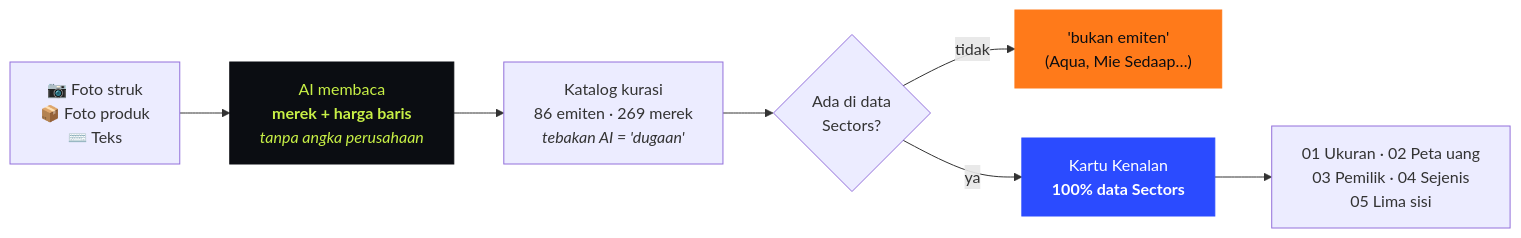
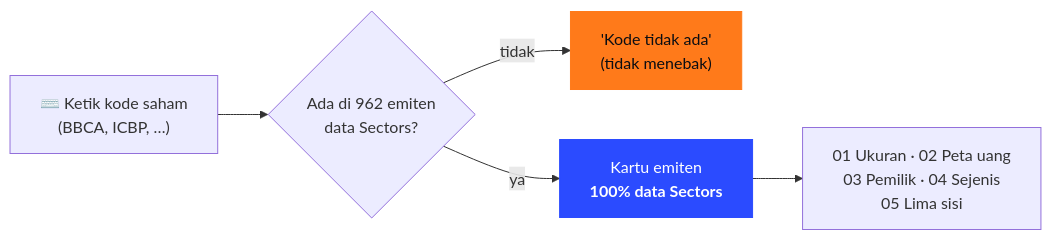
One commit to chukbert/sectors-hackathon-2026 changed the diagram in README.md. Above: the diagram before and after it, drawn with Mermaid. The commit also changed other lines of this file and 37 other files, not shown here.

First line of the commit message:
Paham Emiten: fokus pemegang akun pasif, input kode saham, tanpa LLM

````diff
--- a/README.md
+++ b/README.md
@@ -105,12 +96,9 @@
 ```mermaid
 flowchart LR
-    A["📷 Foto struk<br>📦 Foto produk<br>⌨️ Teks"] --> B["AI membaca<br><b>merek + harga baris</b><br><i>tanpa angka perusahaan</i>"]
-    B --> C["Katalog kurasi<br>86 emiten · 269 merek<br><i>tebakan AI = 'dugaan'</i>"]
-    C --> D{"Ada di data<br>Sectors?"}
-    D -- tidak --> E["'bukan emiten'<br>(Aqua, Mie Sedaap…)"]
-    D -- ya --> F["Kartu Kenalan<br><b>100% data Sectors</b>"]
+    A["⌨️ Ketik kode saham<br>(BBCA, ICBP, …)"] --> D{"Ada di 962 emiten<br>data Sectors?"}
+    D -- tidak --> E["'Kode tidak ada'<br>(tidak menebak)"]
+    D -- ya --> F["Kartu emiten<br><b>100% data Sectors</b>"]
     F --> G["01 Ukuran · 02 Peta uang<br>03 Pemilik · 04 Sejenis<br>05 Lima sisi"]
-    style B fill:#0b0d12,color:#c8f046,stroke:#0b0d12
     style F fill:#2b4bff,color:#fff,stroke:#2b4bff
     style E fill:#ff7a1a,color:#0b0d12,stroke:#ff7a1a
 ```
````
